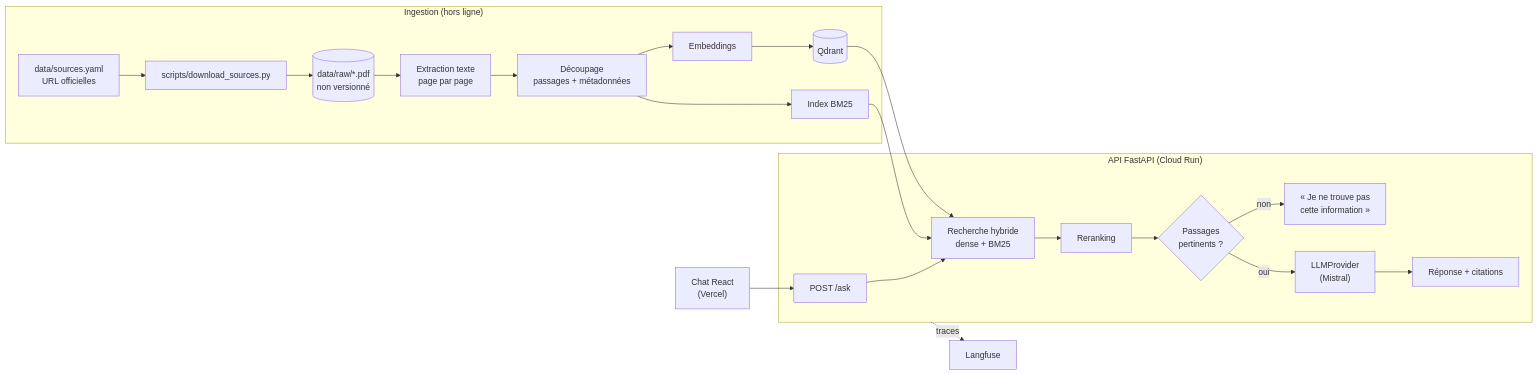
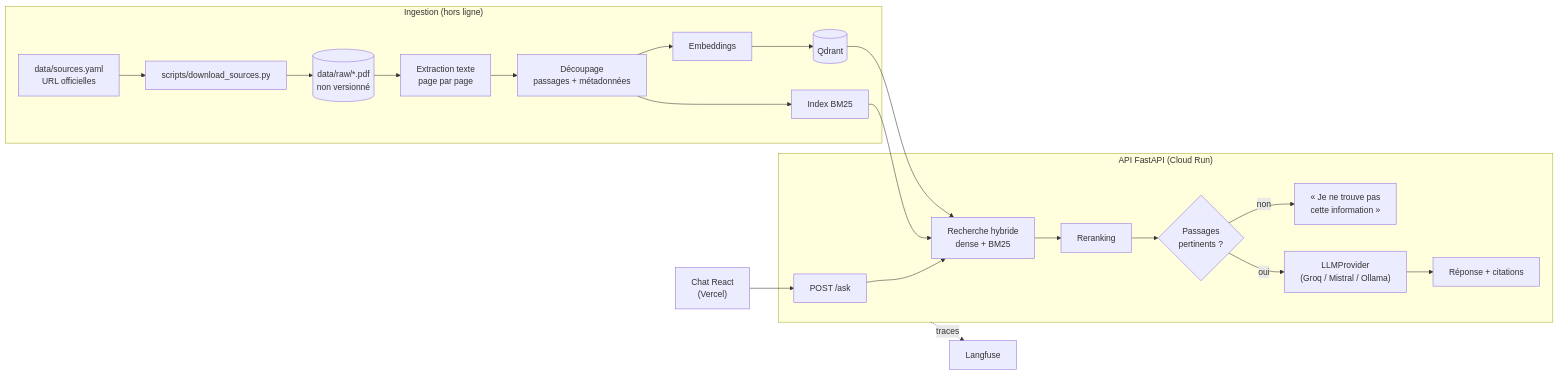
One commit to ItxMveng/policy-binder changed the diagram in SPEC.md. Above: the diagram before and after it, drawn with Mermaid. The commit also changed other lines of this file and 6 other files, not shown here.

Commit message:
refactor(p1): fournisseur LLM générique (Groq gratuit, Mistral, Ollama) avec reprise sur 429

````diff
--- a/SPEC.md
+++ b/SPEC.md
@@ -24,24 +24,24 @@
 ```mermaid
 flowchart LR
     subgraph Ingestion["Ingestion (hors ligne)"]
       SRC["data/sources.yaml<br/>URL officielles"] --> DL["scripts/download_sources.py"]
       DL --> RAW[("data/raw/*.pdf<br/>non versionné")]
       RAW --> EXT["Extraction texte<br/>page par page"]
       EXT --> CH["Découpage<br/>passages + métadonnées"]
       CH --> EMB["Embeddings"]
       EMB --> QD[("Qdrant")]
       CH --> BM["Index BM25"]
     end
     subgraph Service["API FastAPI (Cloud Run)"]
       Q["POST /ask"] --> RET["Recherche hybride<br/>dense + BM25"]
       RET --> RR["Reranking"]
       RR --> AB{"Passages<br/>pertinents ?"}
       AB -->|non| NO["« Je ne trouve pas<br/>cette information »"]
-      AB -->|oui| LLM["LLMProvider<br/>(Mistral)"]
+      AB -->|oui| LLM["LLMProvider<br/>(Groq / Mistral / Ollama)"]
       LLM --> ANS["Réponse + citations"]
     end
     QD --> RET
     BM --> RET
     UI["Chat React<br/>(Vercel)"] --> Q
     Service -.traces.-> LF["Langfuse"]
 ```
````
